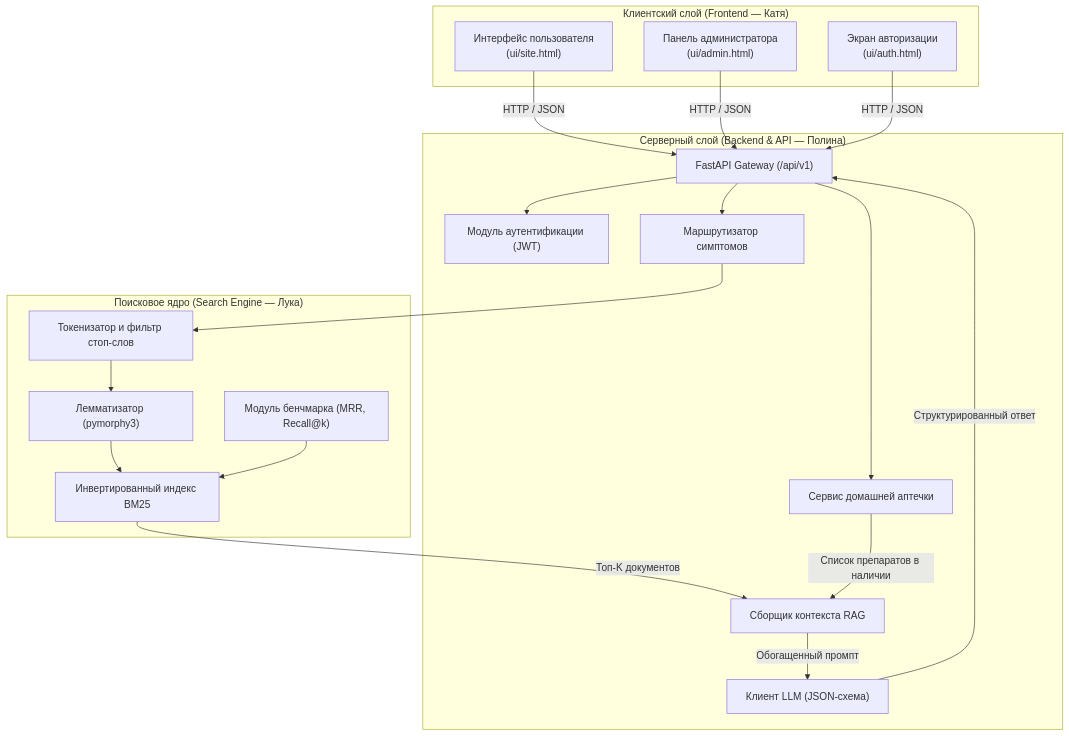
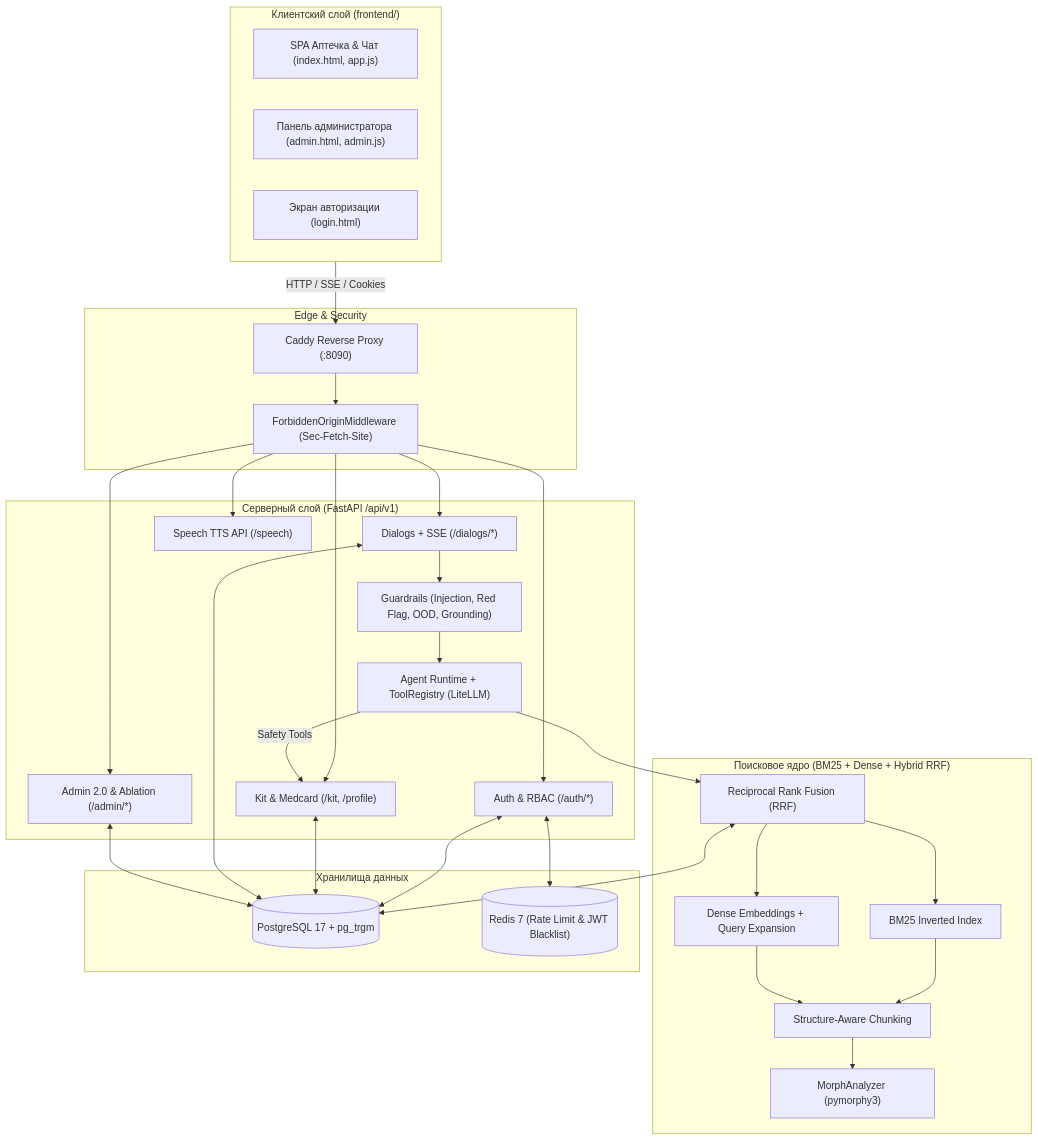
Before and after one commit to JavyBinary/smart-first-aid-kit: the diagram in docs/architecture.md, drawn with Mermaid. The commit also changed other lines of this file and 88 other files, not shown here.

Commit message:
feat(kt2): implement SDD 024-026 hybrid RAG, LiteLLM agent safety, Redis security, Admin 2.0 and full frontend sync

````diff
--- a/docs/architecture.md
+++ b/docs/architecture.md
@@ -5,43 +5,48 @@
 ```mermaid
 flowchart TD
-    subgraph Client["Клиентский слой (Frontend — Катя)"]
-        UI_User["Интерфейс пользователя<br/>(ui/site.html)"]
-        UI_Admin["Панель администратора<br/>(ui/admin.html)"]
-        UI_Auth["Экран авторизации<br/>(ui/auth.html)"]
+    subgraph Client["Клиентский слой (frontend/)"]
+        SPA["SPA Аптечка & Чат (index.html, app.js)"]
+        AdminUI["Панель администратора (admin.html, admin.js)"]
+        AuthUI["Экран авторизации (login.html)"]
     end
 
-    subgraph Server["Серверный слой (Backend & API — Полина)"]
-        API["FastAPI Gateway (/api/v1)"]
-        AuthModule["Модуль аутентификации (JWT)"]
-        KitModule["Сервис домашней аптечки"]
-        QueryRouter["Маршрутизатор симптомов"]
-        ContextInjector["Сборщик контекста RAG"]
-        LLM_Module["Клиент LLM (JSON-схема)"]
+    subgraph Proxy["Edge & Security"]
+        Caddy["Caddy Reverse Proxy (:8090)"]
+        CSRF["ForbiddenOriginMiddleware (Sec-Fetch-Site)"]
     end
 
-    subgraph Core["Поисковое ядро (Search Engine — Лука)"]
-        Tokenizer["Токенизатор и фильтр стоп-слов"]
-        Lemmatizer["Лемматизатор (pymorphy3)"]
-        BM25_Index["Инвертированный индекс BM25"]
-        BenchmarkRunner["Модуль бенчмарка (MRR, Recall@k)"]
+    subgraph Server["Серверный слой (FastAPI /api/v1)"]
+        Auth["Auth & RBAC (/auth/*)"]
+        KitProfile["Kit & Medcard (/kit, /profile)"]
+        Dialogs["Dialogs + SSE (/dialogs/*)"]
+        AdminAPI["Admin 2.0 & Ablation (/admin/*)"]
+        Speech["Speech TTS API (/speech)"]
+        Agent["Agent Runtime + ToolRegistry (LiteLLM)"]
+        Guardrails["Guardrails (Injection, Red Flag, OOD, Grounding)"]
     end
 
-    UI_User -->|HTTP / JSON| API
-    UI_Admin -->|HTTP / JSON| API
-    UI_Auth -->|HTTP / JSON| API
+    subgraph RAG["Поисковое ядро (BM25 + Dense + Hybrid RRF)"]
+        Analyzer["MorphAnalyzer (pymorphy3)"]
+        Chunker["Structure-Aware Chunking"]
+        BM25["BM25 Inverted Index"]
+        Dense["Dense Embeddings + Query Expansion"]
+        Hybrid["Reciprocal Rank Fusion (RRF)"]
+    end
 
-    API --> AuthModule
-    API --> KitModule
-    API --> QueryRouter
+    subgraph Data["Хранилища данных"]
+        PG[("PostgreSQL 17 + pg_trgm")]
+        Redis[("Redis 7 (Rate Limit & JWT Blacklist)")]
+    end
 
-    QueryRouter --> Tokenizer
-    Tokenizer --> Lemmatizer
-    Lemmatizer --> BM25_Index
-
-    BM25_Index -->|Топ-K документов| ContextInjector
-    KitModule -->|Список препаратов в наличии| ContextInjector
-    ContextInjector -->|Обогащенный промпт| LLM_Module
-    LLM_Module -->|Структурированный ответ| API
-
-    BenchmarkRunner --> BM25_Index
+    Client -->|HTTP / SSE / Cookies| Caddy
+    Caddy --> CSRF
+    CSRF --> Auth & KitProfile & Dialogs & AdminAPI & Speech
+    Auth <--> Redis
+    Auth & KitProfile & Dialogs & AdminAPI <--> PG
+    Dialogs --> Guardrails --> Agent
+    Agent -->|Safety Tools| KitProfile
+    Agent --> Hybrid
+    Hybrid --> BM25 & Dense
+    BM25 & Dense --> Chunker --> Analyzer
+    Hybrid <--> PG
 ```
````
